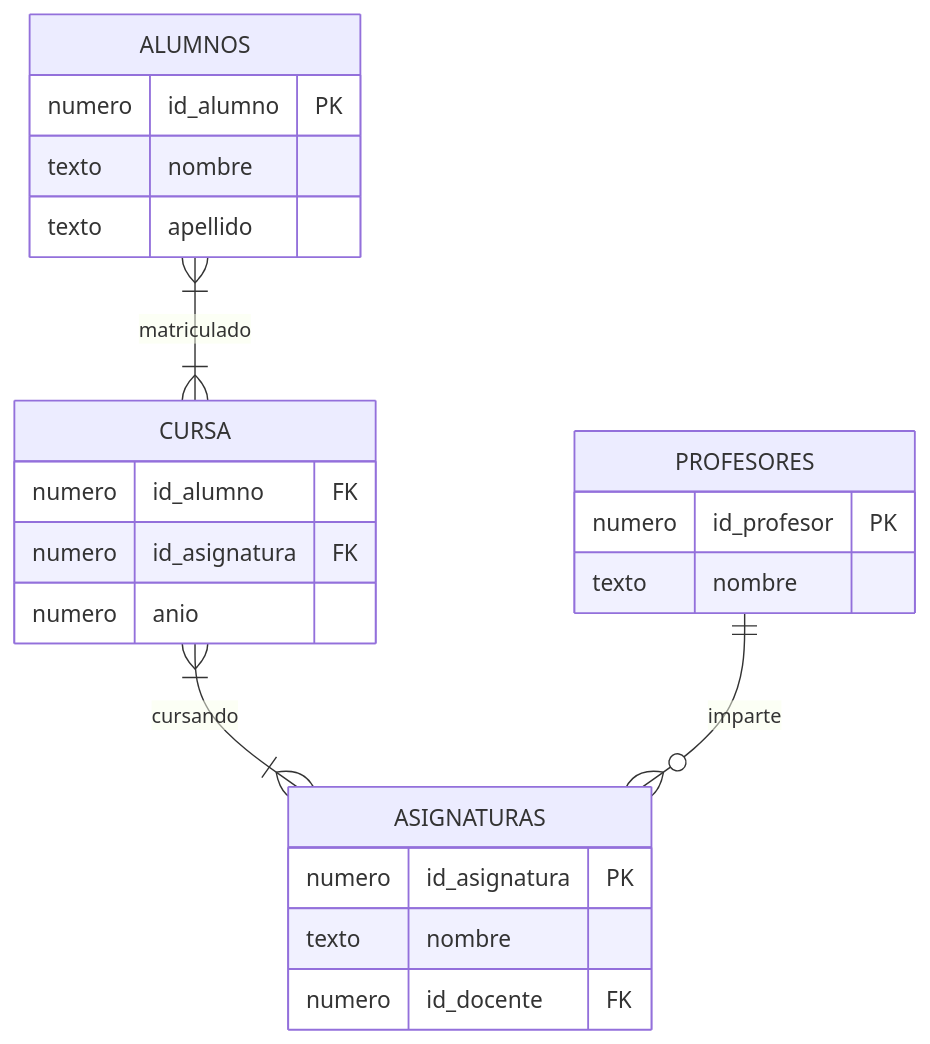
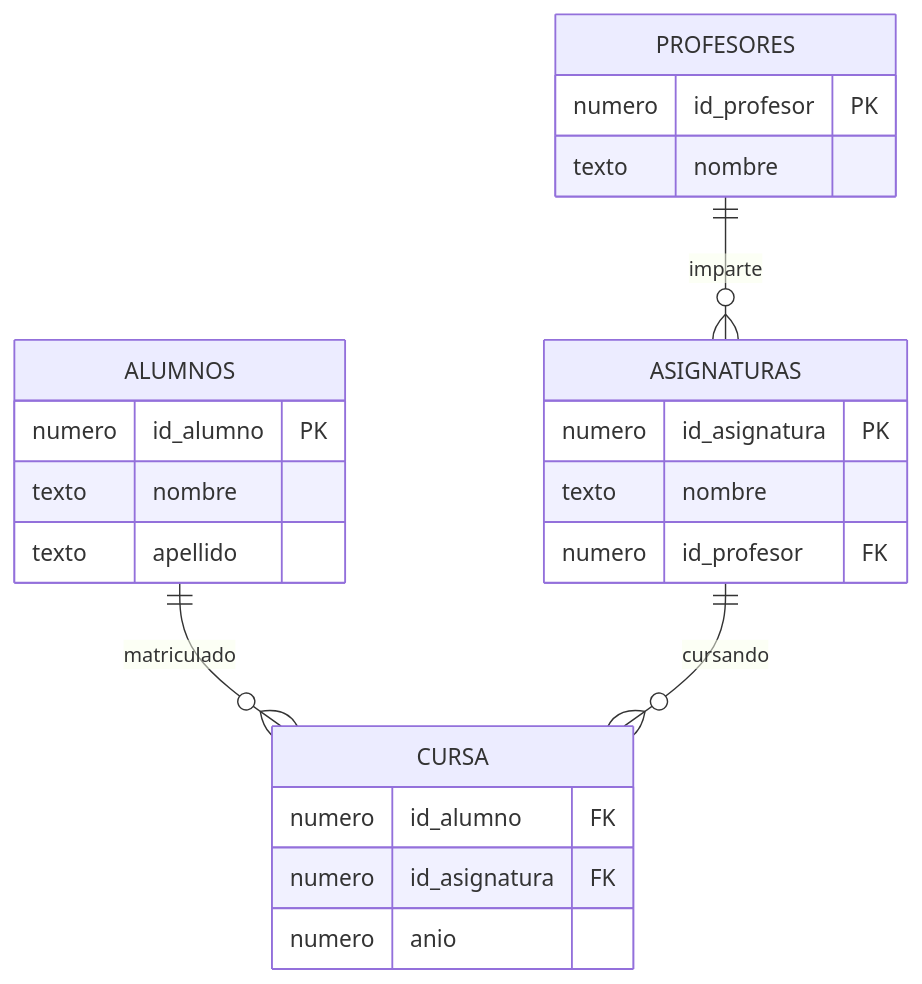
Before and after one commit to IraitzM/ingenieria-datos: the third of 4 diagrams in content/modelado/desnormalizar.qmd, drawn with Mermaid. The commit also changed other lines of this file and 4 other files, not shown here.

Commit message:
FIX ER diagrams

````diff
--- a/content/modelado/desnormalizar.qmd
+++ b/content/modelado/desnormalizar.qmd
@@ -80,26 +80,26 @@
 ```{mermaid}
 erDiagram
     ALUMNOS {
         numero id_alumno PK
         texto nombre
         texto apellido
     }
     CURSA{
         numero id_alumno FK
         numero id_asignatura FK
         numero anio
     }
     ASIGNATURAS {
         numero id_asignatura PK
         texto nombre
-        numero id_docente FK
+        numero id_profesor FK
     }
     PROFESORES {
         numero id_profesor PK
         texto nombre
     }
 
-    ALUMNOS }|--|{ CURSA: matriculado
-    CURSA }|--|{ ASIGNATURAS: cursando
+    ALUMNOS ||--o{ CURSA: matriculado
+    ASIGNATURAS ||--o{ CURSA: cursando
     PROFESORES ||--o{ ASIGNATURAS: imparte
 ```
````
